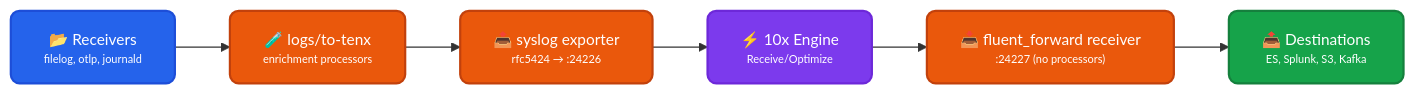
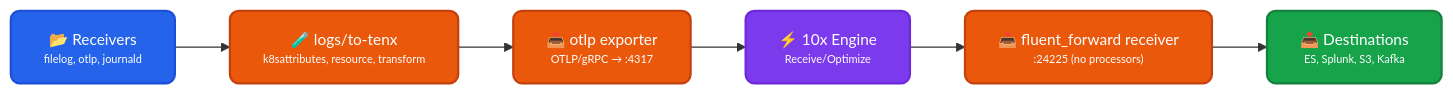
One commit to log-10x/modules changed the diagram in pipelines/run/modules/input/forwarder/otel-collector/doc.md. Above: the diagram before and after it, drawn with Mermaid. The commit also changed other lines of this file and 12 other files, not shown here.

````diff
--- a/pipelines/run/modules/input/forwarder/otel-collector/doc.md
+++ b/pipelines/run/modules/input/forwarder/otel-collector/doc.md
@@ -14,20 +14,20 @@
 ```mermaid
 graph LR
-    A["<div style='font-size: 14px;'>📂 Receivers</div><div style='font-size: 10px;'>filelog, otlp, journald</div>"] --> F["<div style='font-size: 14px;'>🧪 logs/to-tenx</div><div style='font-size: 10px;'>enrichment processors</div>"]
-    F --> B["<div style='font-size: 14px;'>📤 syslog exporter</div><div style='font-size: 10px;'>rfc5424 → :24226</div>"]
+    A["<div style='font-size: 14px;'>📂 Receivers</div><div style='font-size: 10px;'>filelog, otlp, journald</div>"] --> F["<div style='font-size: 14px;'>🧪 logs/to-tenx</div><div style='font-size: 10px;'>k8sattributes, resource, transform</div>"]
+    F --> B["<div style='font-size: 14px;'>📤 otlp exporter</div><div style='font-size: 10px;'>OTLP/gRPC → :4317</div>"]
     B --> E["<div style='font-size: 14px;'>⚡ 10x Engine</div><div style='font-size: 10px;'>Receive/Optimize</div>"]
-    E --> C["<div style='font-size: 14px;'>📥 fluent_forward receiver</div><div style='font-size: 10px;'>:24227 (no processors)</div>"]
+    E --> C["<div style='font-size: 14px;'>📥 fluent_forward receiver</div><div style='font-size: 10px;'>:24225 (no processors)</div>"]
     C --> D["<div style='font-size: 14px;'>📤 Destinations</div><div style='font-size: 10px;'>ES, Splunk, S3, Kafka</div>"]
 
     classDef input fill:#2563eb,stroke:#1d4ed8,color:#ffffff,stroke-width:2px,rx:8,ry:8
     classDef filter fill:#ea580c,stroke:#c2410c,color:#ffffff,stroke-width:2px,rx:8,ry:8
     classDef engine fill:#7c3aed,stroke:#6d28d9,color:#ffffff,stroke-width:2px,rx:8,ry:8
     classDef output fill:#16a34a,stroke:#15803d,color:#ffffff,stroke-width:2px,rx:8,ry:8
 
     class A input
     class B filter
     class C filter
     class D output
     class E engine
     class F filter
 ```
````
